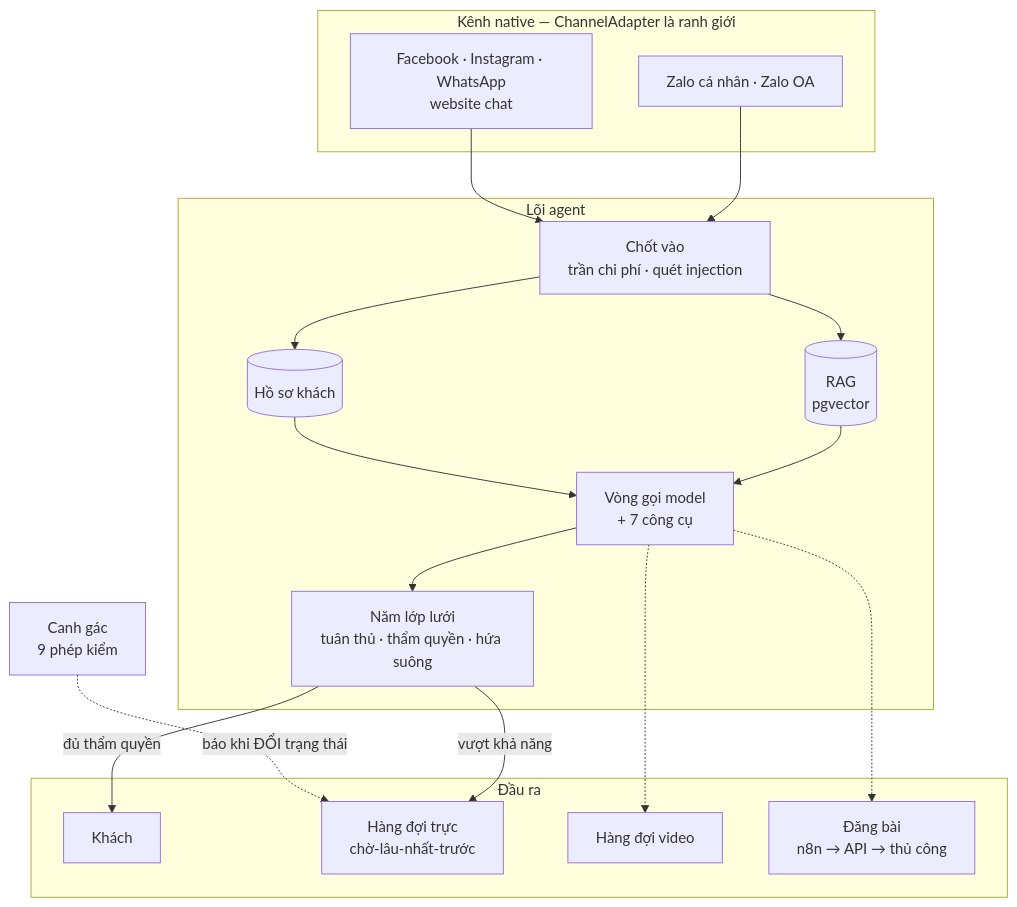
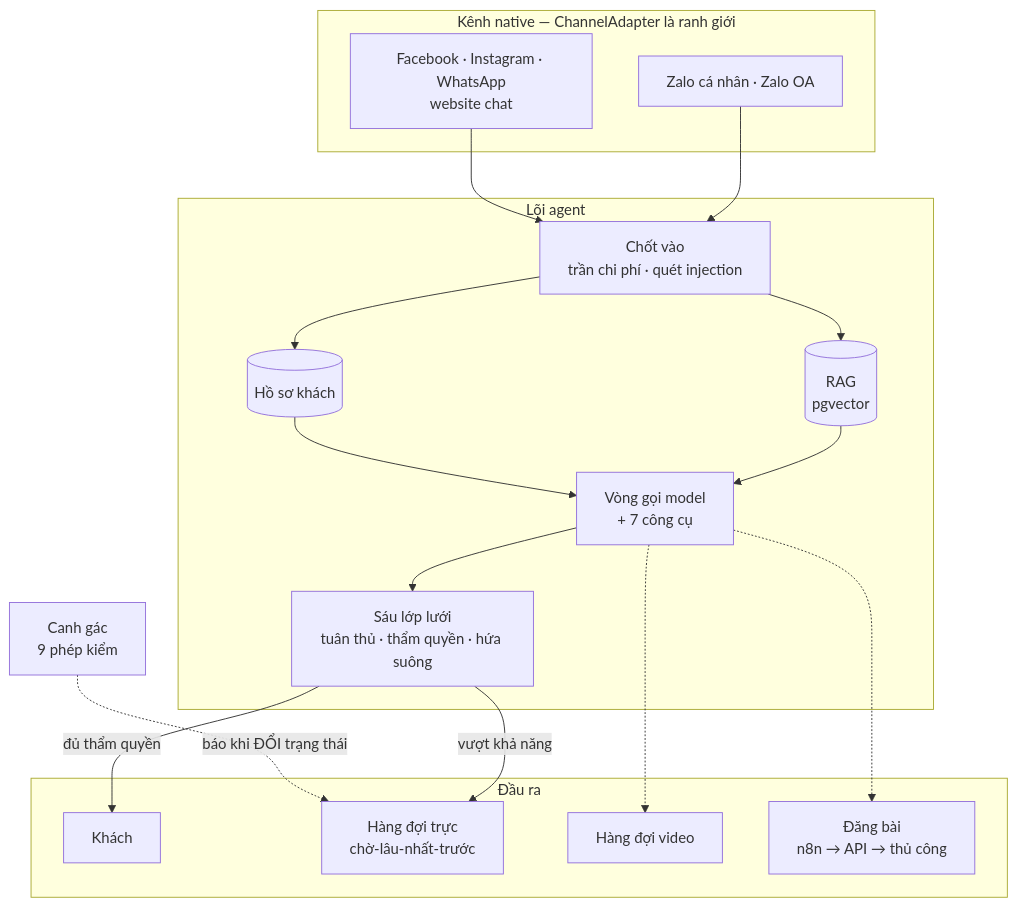
Before and after one commit to Harry-Kien/MarketingAgentDashboard: the first of 4 diagrams in docs/kien-truc.md, drawn with Mermaid. The commit also changed other lines of this file and 24 other files, not shown here.

First line of the commit message:
Số lớp lưới đếm từ mã, MCP dựng lại mỗi lifespan, pytest tự dò Postgres

````diff
--- a/docs/kien-truc.md
+++ b/docs/kien-truc.md
@@ -20,30 +20,30 @@
 ```mermaid
 flowchart TB
     subgraph kenh["Kênh native — ChannelAdapter là ranh giới"]
         zalo["Zalo cá nhân · Zalo OA"]
         cw["Facebook · Instagram · WhatsApp<br/>website chat"]
     end
 
     subgraph loi["Lõi agent"]
         gac["Chốt vào<br/>trần chi phí · quét injection"]
         rag[("RAG<br/>pgvector")]
         hs[("Hồ sơ khách")]
         llm["Vòng gọi model<br/>+ 7 công cụ"]
-        luoi["Năm lớp lưới<br/>tuân thủ · thẩm quyền · hứa suông"]
+        luoi["Sáu lớp lưới<br/>tuân thủ · thẩm quyền · hứa suông"]
     end
 
     subgraph ra["Đầu ra"]
         khach["Khách"]
         nguoi["Hàng đợi trực<br/>chờ-lâu-nhất-trước"]
         video["Hàng đợi video"]
         bai["Đăng bài<br/>n8n → API → thủ công"]
     end
 
     zalo & cw --> gac
     gac --> rag & hs --> llm --> luoi
     luoi -->|đủ thẩm quyền| khach
     luoi -->|vượt khả năng| nguoi
     llm -.-> video & bai
 
     canh["Canh gác<br/>9 phép kiểm"] -.->|báo khi ĐỔI trạng thái| nguoi
 ```
````
